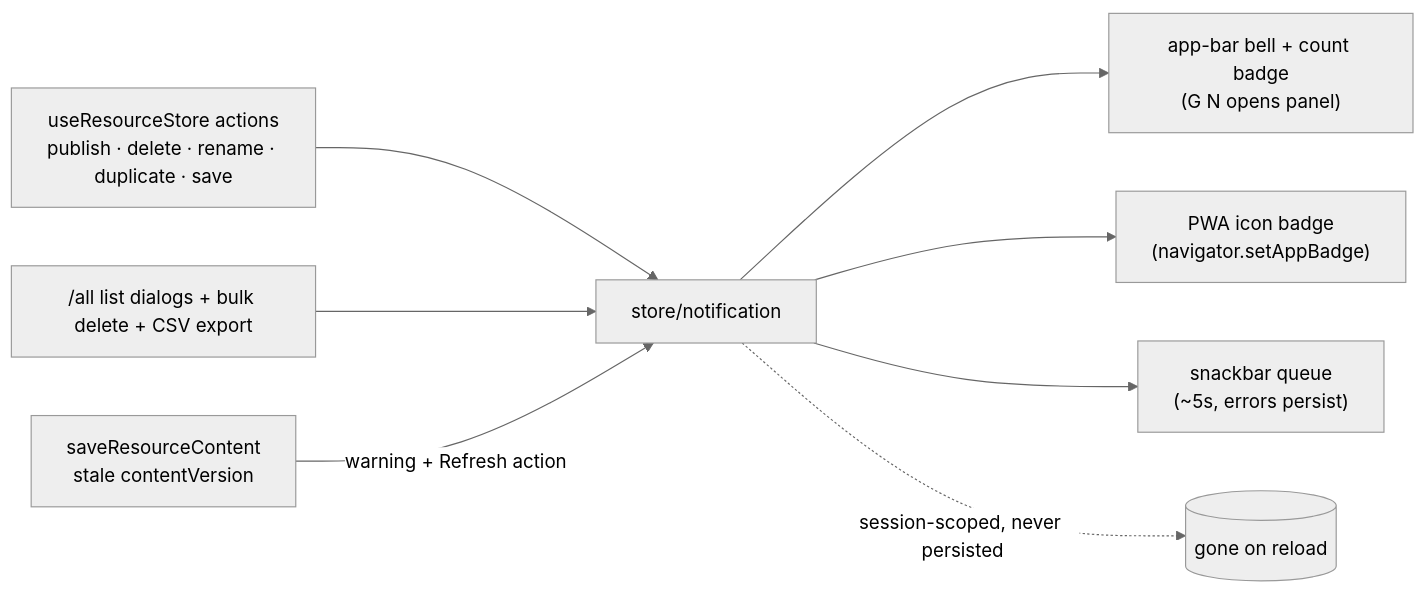
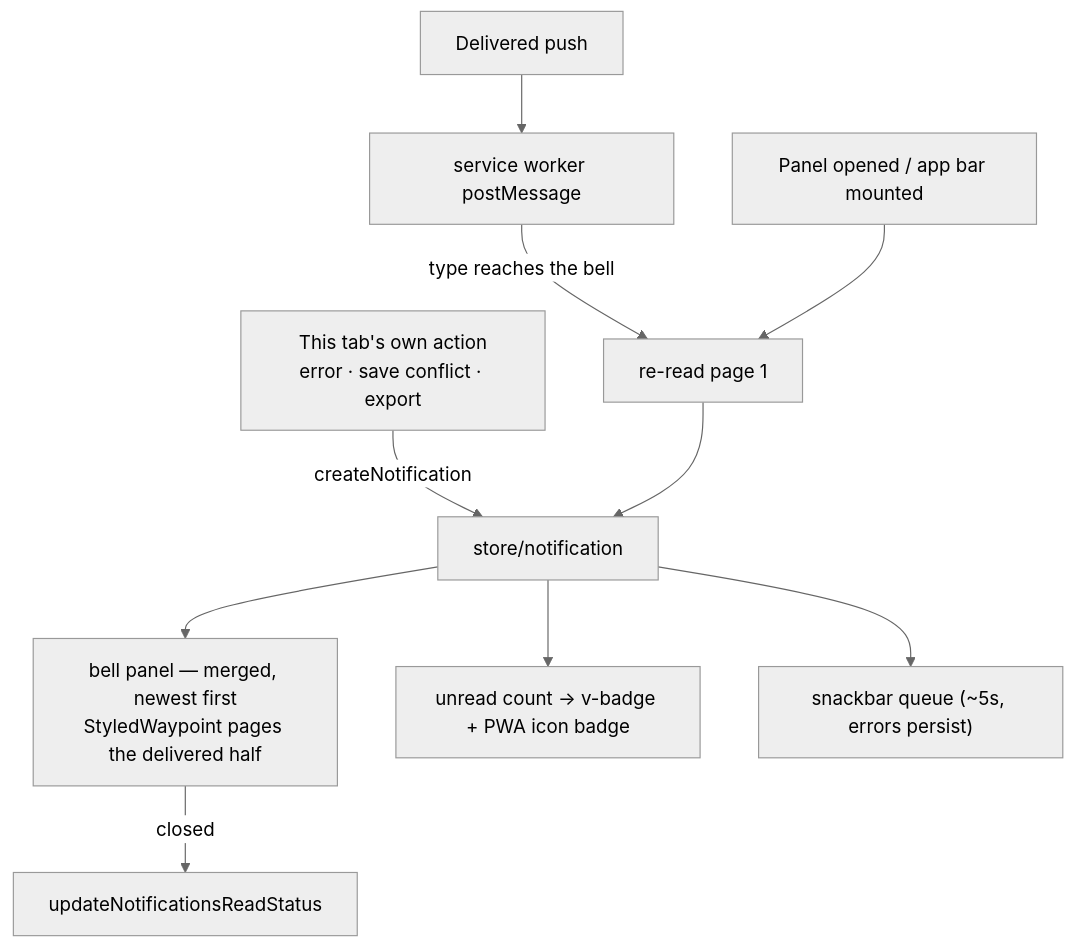
The diagram in packages/app/content/docs/platform/notifications.md (Esposter/Esposter), drawn with Mermaid (neutral theme) before and after one commit. The commit also changed other lines of this file and 16 other files, not shown here.

First line of the commit message:
docs(notification): one page for the consolidated pipeline

````diff
--- a/packages/app/content/docs/platform/notifications.md
+++ b/packages/app/content/docs/platform/notifications.md
@@ -26,10 +33,12 @@
 ```mermaid
-flowchart LR
-  UR["useResourceStore actions<br/>publish · delete · rename · duplicate · save"] --> ST
-  LST["/all list dialogs + bulk delete + CSV export"] --> ST
-  CV["saveResourceContent<br/>stale contentVersion"] -->|warning + Refresh action| ST["store/notification"]
-  ST --> BELL["app-bar bell + count badge<br/>(G N opens panel)"]
-  ST --> APPICON["PWA icon badge<br/>(navigator.setAppBadge)"]
-  ST --> SNACK["snackbar queue<br/>(~5s, errors persist)"]
-  ST -.->|"session-scoped, never persisted"| X[("gone on reload")]
+flowchart TD
+  LOCAL["This tab's own action<br/>error · save conflict · export"] -->|createNotification| ST
+  PUSH["Delivered push"] --> SW["service worker postMessage"]
+  SW -->|type reaches the bell| RE["re-read page 1"]
+  RE --> ST["store/notification"]
+  OPEN["Panel opened / app bar mounted"] --> RE
+  ST --> PANEL["bell panel — merged, newest first<br/>StyledWaypoint pages the delivered half"]
+  ST --> BADGE["unread count → v-badge + PWA icon badge"]
+  ST --> SNACK["snackbar queue (~5s, errors persist)"]
+  PANEL -->|closed| READ["updateNotificationsReadStatus"]
 ```
````
